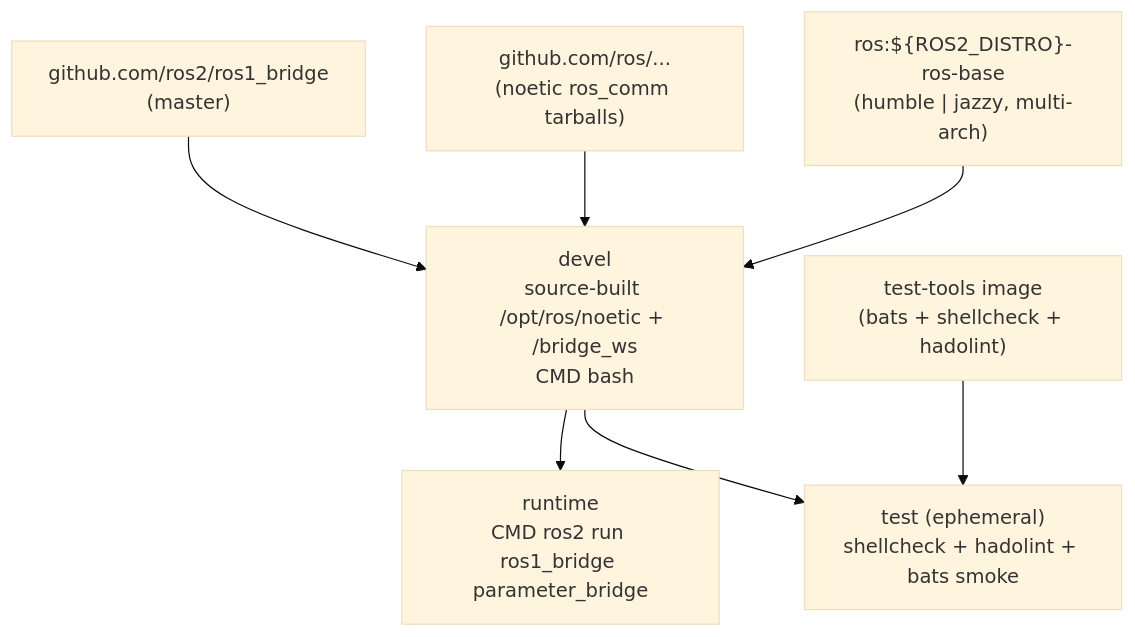
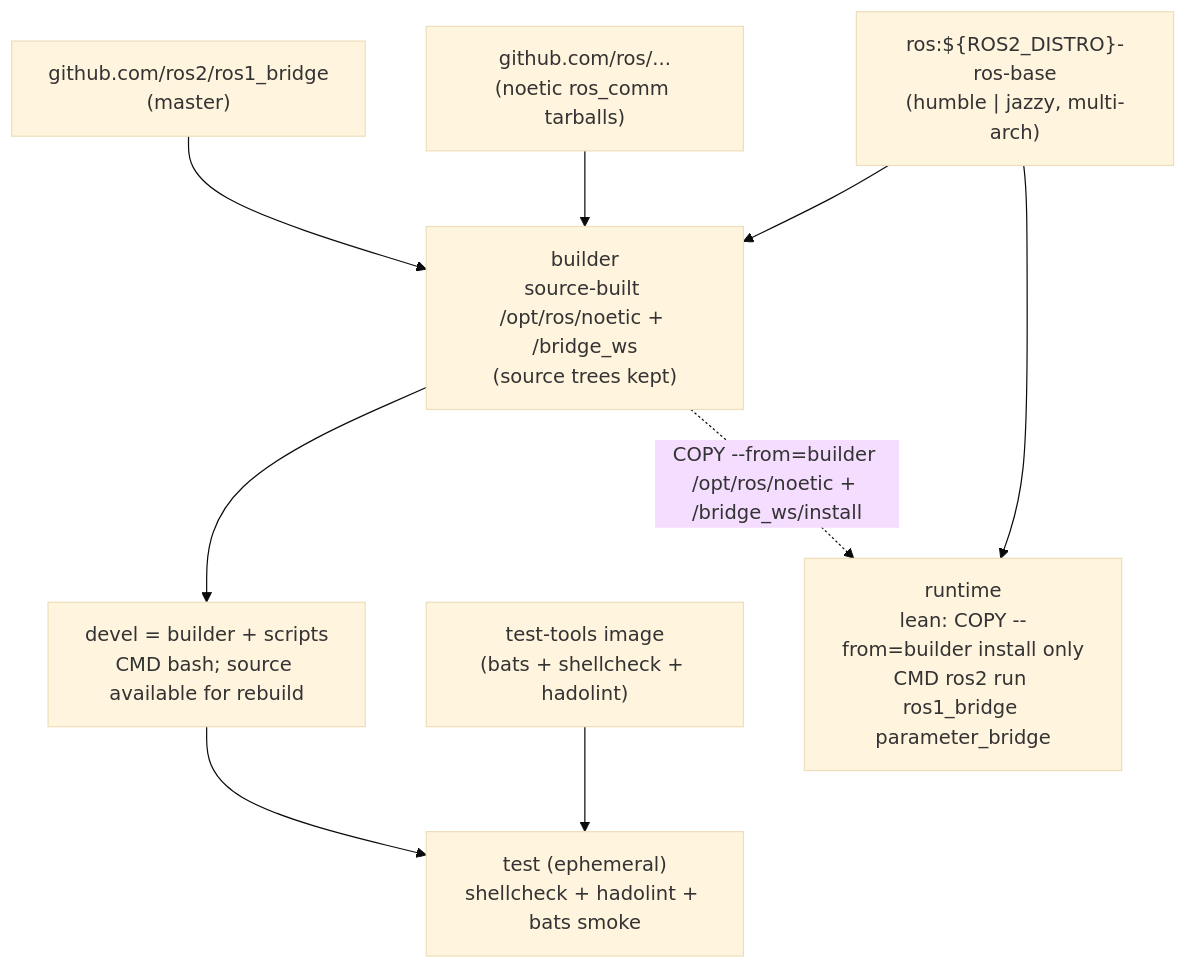
One commit to ycpss91255-docker/ros1_bridge changed the diagram in README.md. Above: the diagram before and after it, drawn with Mermaid (base theme). The commit also changed other lines of this file and 8 other files, not shown here.

````diff
--- a/README.md
+++ b/README.md
@@ -185,17 +185,20 @@
 ```mermaid
 graph TD
     EXT1["test-tools image\n(bats + shellcheck + hadolint)"]
     EXT3["ros:${ROS2_DISTRO}-ros-base\n(humble | jazzy, multi-arch)"]
     EXT4["github.com/ros/...\n(noetic ros_comm tarballs)"]
     EXT5["github.com/ros2/ros1_bridge\n(master)"]
 
-    EXT3 --> devel["devel\nsource-built /opt/ros/noetic + /bridge_ws\nCMD bash"]
-    EXT4 --> devel
-    EXT5 --> devel
+    EXT3 --> builder["builder\nsource-built /opt/ros/noetic + /bridge_ws\n(source trees kept)"]
+    EXT4 --> builder
+    EXT5 --> builder
 
-    devel --> runtime["runtime\nCMD ros2 run ros1_bridge parameter_bridge"]
+    builder --> devel["devel = builder + scripts\nCMD bash; source available for rebuild"]
+
+    EXT3 --> runtime["runtime\nlean: COPY --from=builder install only\nCMD ros2 run ros1_bridge parameter_bridge"]
+    builder -.->|COPY --from=builder /opt/ros/noetic + /bridge_ws/install| runtime
 
     EXT1 --> test["test (ephemeral)\nshellcheck + hadolint + bats smoke"]
     devel --> test
 
 ```
````
